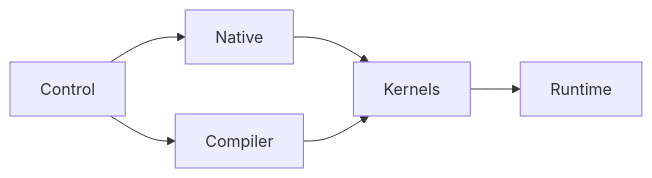
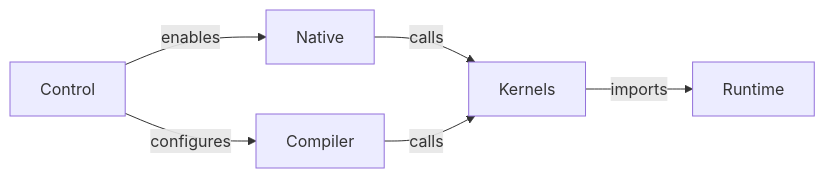
One commit to XiaobingSuper/FlyDSL changed the first of 4 diagrams in docs/cutedsl_pytorch_integration_report.md. Above: the diagram before and after it, drawn with Mermaid. The commit also changed other lines of this file and 1 other file, not shown here.

````diff
--- a/docs/cutedsl_pytorch_integration_report.md
+++ b/docs/cutedsl_pytorch_integration_report.md
@@ -109,8 +109,8 @@
 ```mermaid
 flowchart LR
-    A["Control"] --> B["Native"]
-    A --> C["Compiler"]
-    B --> D["Kernels"]
-    C --> D
-    D --> E["Runtime"]
+    A["Control"] -->|enables| B["Native"]
+    A -->|configures| C["Compiler"]
+    B -->|calls| D["Kernels"]
+    C -->|calls| D
+    D -->|imports| E["Runtime"]
 ```
````
